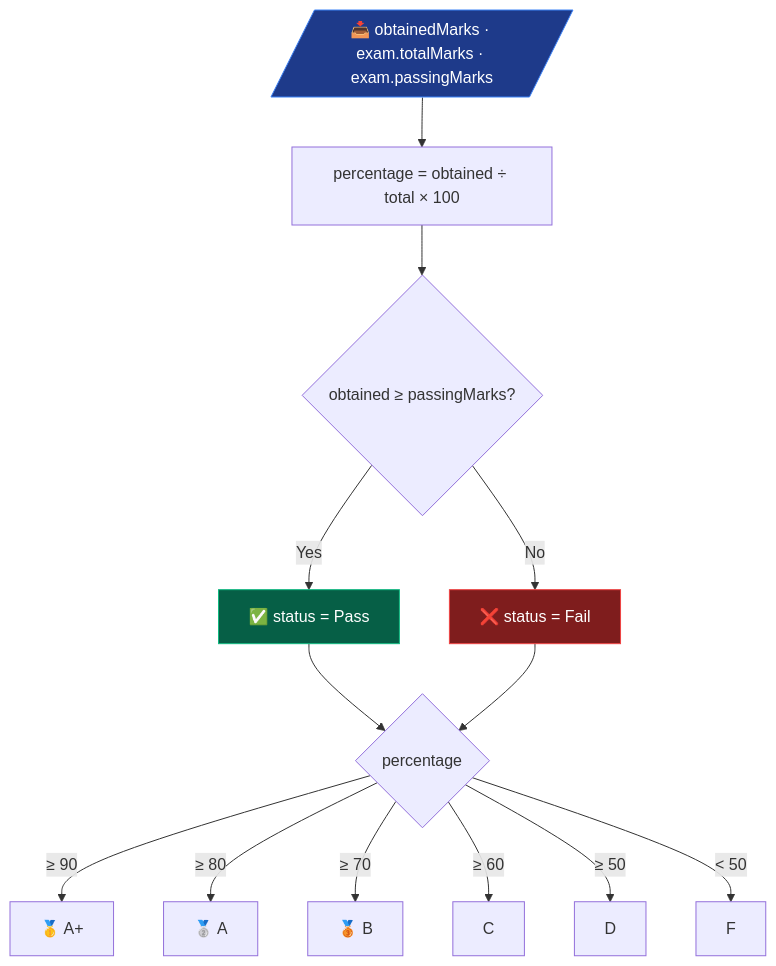
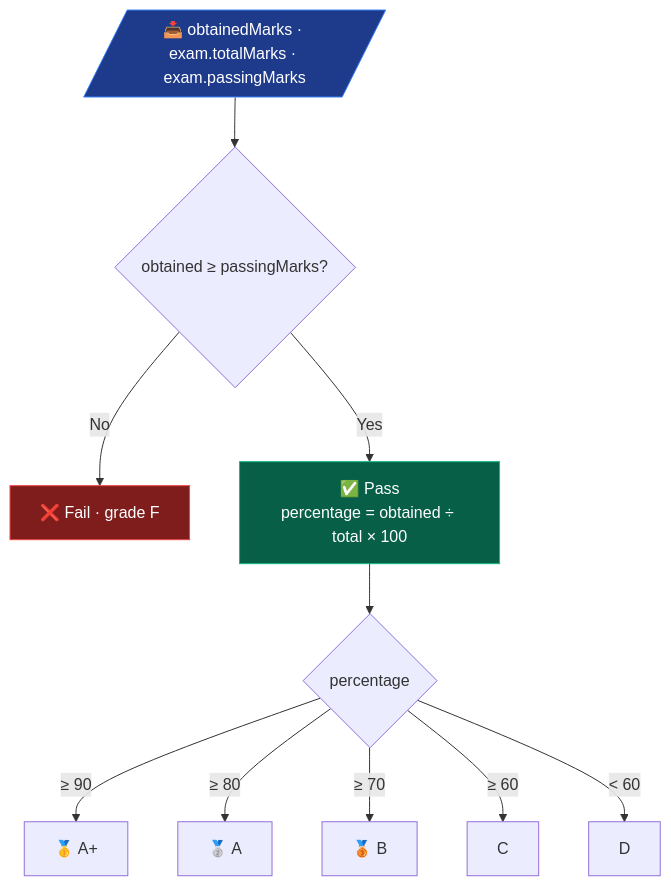
Before and after one commit to anurag-joshi-1403/StudentManagementSystem: the sixth of 7 diagrams in README.md, drawn with Mermaid. The commit also changed other lines of this file, not shown here.

Commit message:
refactor grade calculation logic in README for clarity and accuracy

````diff
--- a/README.md
+++ b/README.md
@@ -384,20 +385,17 @@
 ```mermaid
 flowchart TD
     IN[/"📥 obtainedMarks · exam.totalMarks · exam.passingMarks"/]
-    IN --> PCT["percentage = obtained ÷ total × 100"]
-    PCT --> PASS{obtained ≥ passingMarks?}
-    PASS -- Yes --> P["✅ status = Pass"]
-    PASS -- No --> F["❌ status = Fail"]
-    P --> G{percentage}
-    F --> G
+    IN --> PASS{obtained ≥ passingMarks?}
+    PASS -- No --> F["❌ Fail · grade F"]
+    PASS -- Yes --> PCT["✅ Pass<br/>percentage = obtained ÷ total × 100"]
+    PCT --> G{percentage}
     G -- "≥ 90" --> A1["🥇 A+"]
     G -- "≥ 80" --> A2["🥈 A"]
     G -- "≥ 70" --> B["🥉 B"]
     G -- "≥ 60" --> C["C"]
-    G -- "≥ 50" --> D["D"]
-    G -- "< 50" --> FF["F"]
+    G -- "< 60" --> D["D"]
 
     style IN fill:#1e3a8a,stroke:#3b82f6,color:#fff
-    style P fill:#065f46,stroke:#10b981,color:#fff
+    style PCT fill:#065f46,stroke:#10b981,color:#fff
     style F fill:#7f1d1d,stroke:#ef4444,color:#fff
 ```
````
